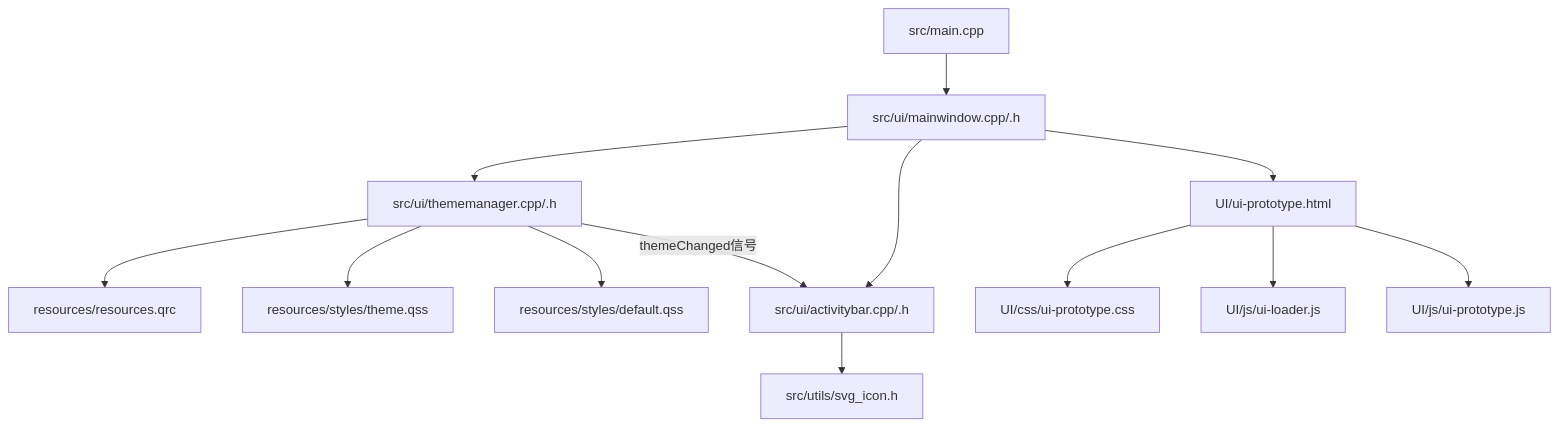
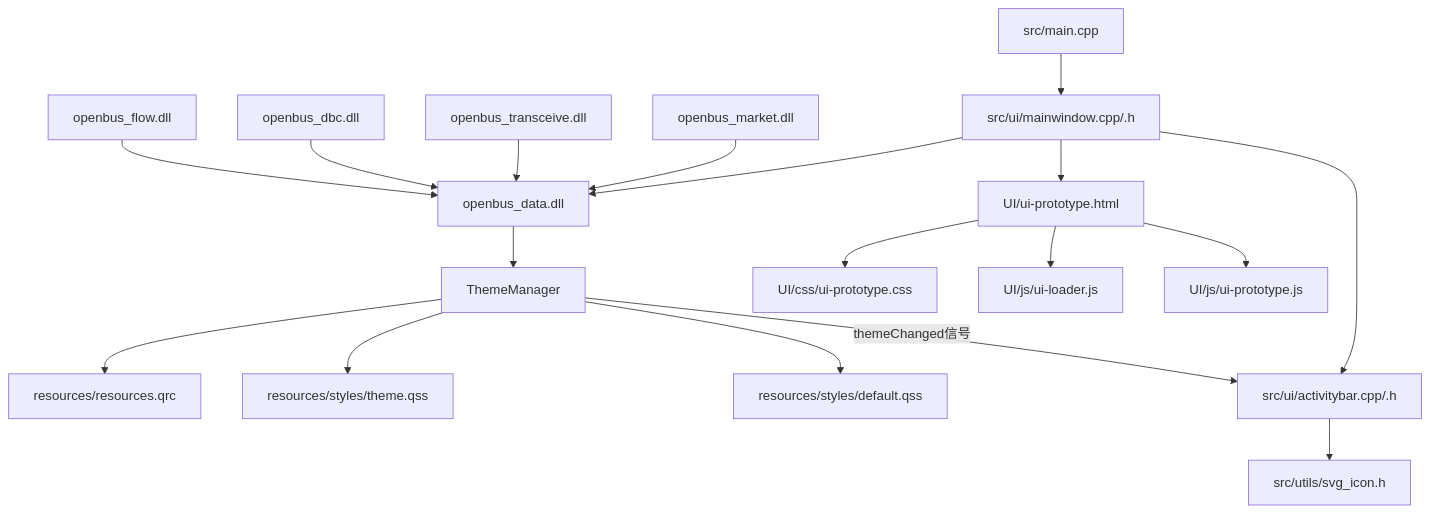
Before and after one commit to jakecai1225-design/OpenBus: the seventh of 7 diagrams in .qoder/repowiki/zh/content/样式系统/主题管理系统.md, drawn with Mermaid. The commit also changed other lines of this file and 177 other files, not shown here.

````diff
--- a/.qoder/repowiki/zh/content/样式系统/主题管理系统.md
+++ b/.qoder/repowiki/zh/content/样式系统/主题管理系统.md
@@ -371,15 +397,20 @@
 ```mermaid
 graph TB
 Main["src/main.cpp"] --> MW["src/ui/mainwindow.cpp/.h"]
-MW --> TM["src/ui/thememanager.cpp/.h"]
+MW --> DataDLL["openbus_data.dll"]
+DataDLL --> TM["ThemeManager"]
 TM --> QRC["resources/resources.qrc"]
 TM --> QSS["resources/styles/theme.qss"]
 TM --> DEFAULT_QSS["resources/styles/default.qss"]
 MW --> AB["src/ui/activitybar.cpp/.h"]
 AB --> SVG["src/utils/svg_icon.h"]
 TM -- "themeChanged信号" --> AB
 MW --> UIH["UI/ui-prototype.html"]
 UIH --> UICSS["UI/css/ui-prototype.css"]
 UIH --> UILoader["UI/js/ui-loader.js"]
 UIH --> UIPrototype["UI/js/ui-prototype.js"]
+MarketDLL["openbus_market.dll"] --> DataDLL
+TransceiveDLL["openbus_transceive.dll"] --> DataDLL
+DbcDLL["openbus_dbc.dll"] --> DataDLL
+FlowDLL["openbus_flow.dll"] --> DataDLL
 ```
````
